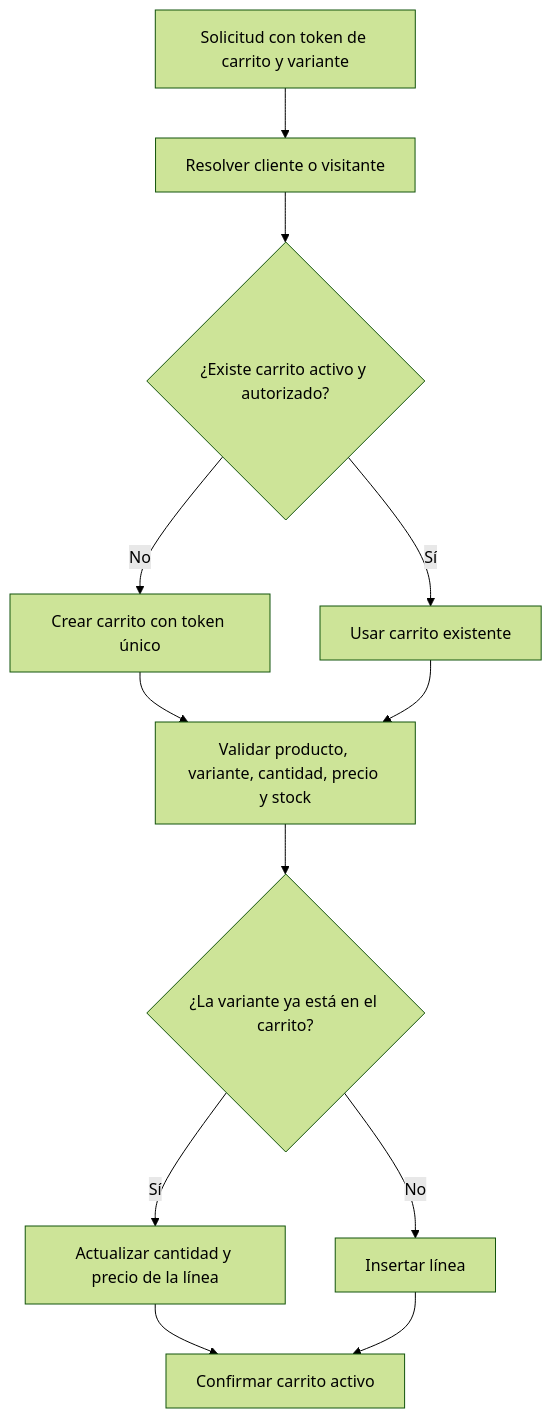
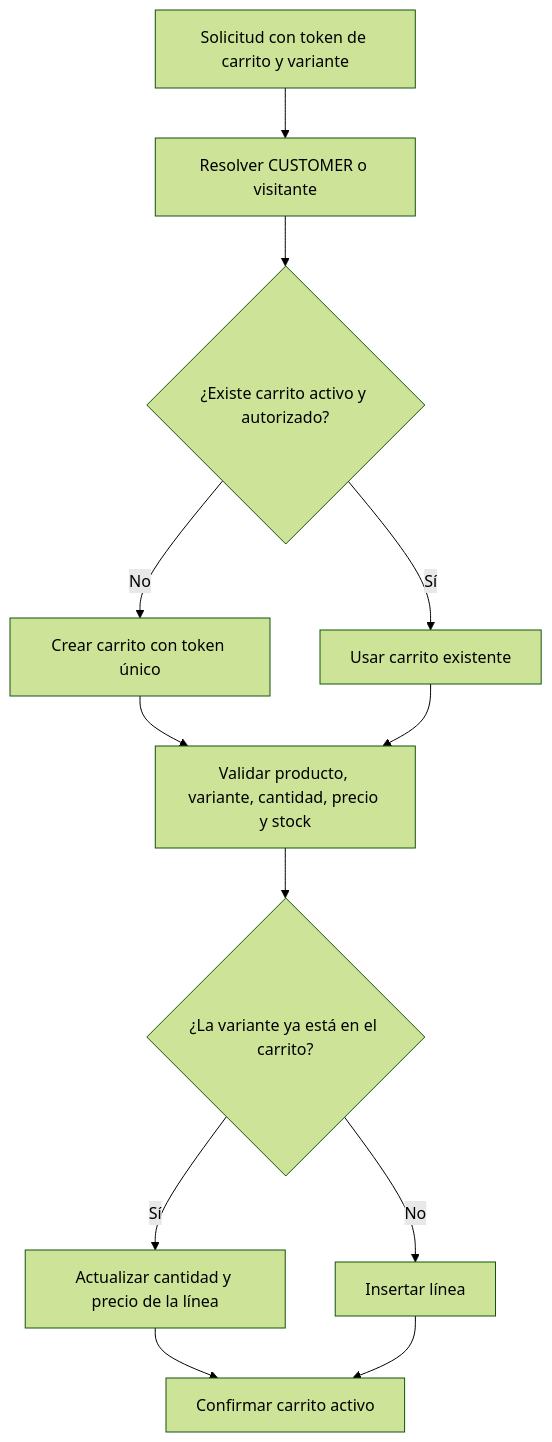
One commit to LeandroPacsiM/shopify-backend changed the third of 12 diagrams in shopify_db/docs/05-flujos-principales.md. Above: the diagram before and after it, drawn with Mermaid (forest theme). The commit also changed other lines of this file and 21 other files, not shown here.

First line of the commit message:
F0: terminologia canonica ADR-016 en docs y diagramas

````diff
--- a/shopify_db/docs/05-flujos-principales.md
+++ b/shopify_db/docs/05-flujos-principales.md
@@ -119,14 +119,14 @@
 ```mermaid
 flowchart TD
-    A["Solicitud con token de carrito y variante"] --> B["Resolver cliente o visitante"]
+    A["Solicitud con token de carrito y variante"] --> B["Resolver CUSTOMER o visitante"]
     B --> C{"¿Existe carrito activo y autorizado?"}
     C -->|No| D["Crear carrito con token único"]
     C -->|Sí| E["Usar carrito existente"]
     D --> F["Validar producto, variante, cantidad, precio y stock"]
     E --> F
     F --> G{"¿La variante ya está en el carrito?"}
     G -->|Sí| H["Actualizar cantidad y precio de la línea"]
     G -->|No| I["Insertar línea"]
     H --> J["Confirmar carrito activo"]
     I --> J
 ```
````
